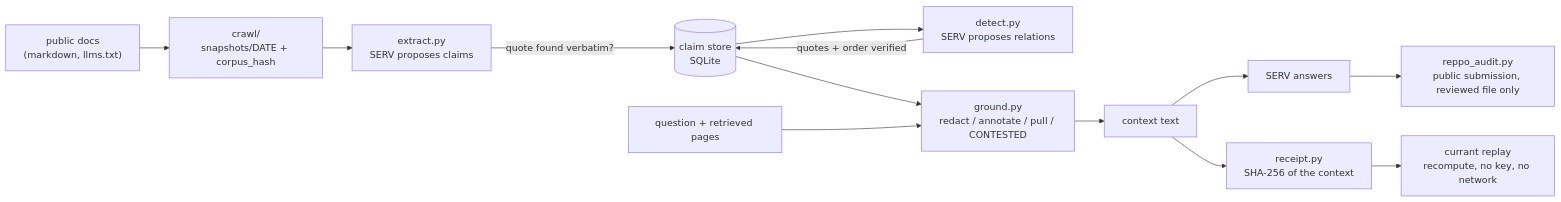
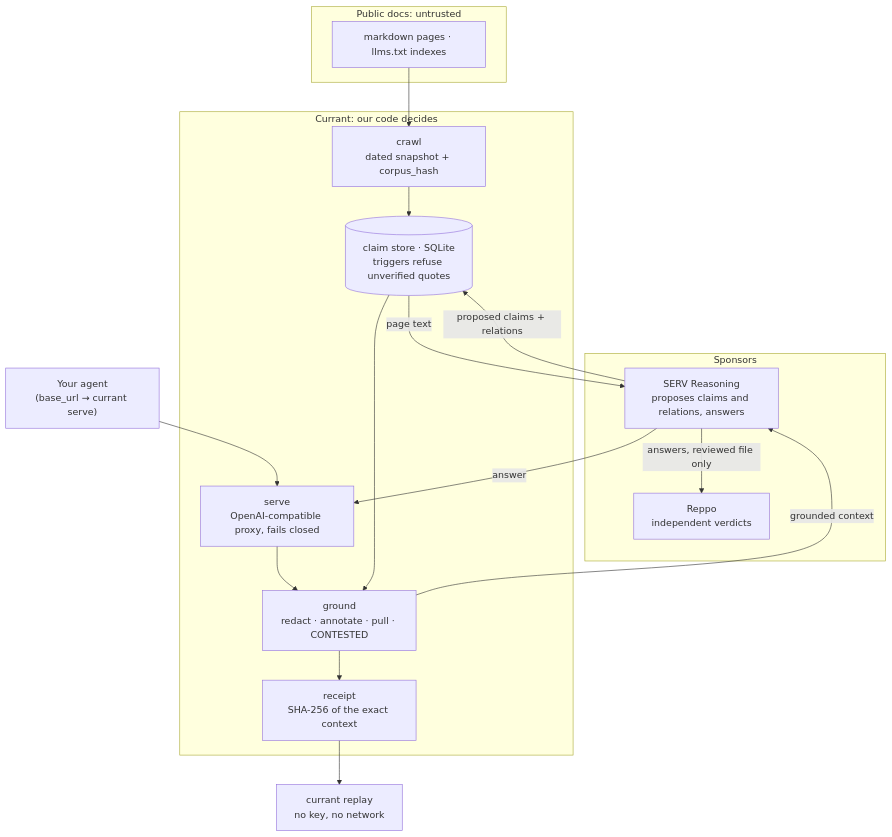
The first of 2 diagrams in README.md (Dami904/currant), drawn with Mermaid before and after one commit. The commit also changed other lines of this file, not shown here.

````diff
--- a/README.md
+++ b/README.md
@@ -238,15 +209,29 @@
 ```mermaid
-flowchart LR
-    W["public docs<br/>(markdown, llms.txt)"] --> C["crawl/<br/>snapshots/DATE + corpus_hash"]
-    C --> E["extract.py<br/>SERV proposes claims"]
-    E -->|"quote found verbatim?"| S[("claim store<br/>SQLite")]
-    S --> R["detect.py<br/>SERV proposes relations"]
-    R -->|"quotes + order verified"| S
-    S --> G["ground.py<br/>redact / annotate / pull / CONTESTED"]
-    Q["question + retrieved pages"] --> G
-    G --> X["context text"]
-    X --> A["SERV answers"]
-    X --> K["receipt.py<br/>SHA-256 of the context"]
-    K --> P["currant replay<br/>recompute, no key, no network"]
-    A --> V["reppo_audit.py<br/>public submission, reviewed file only"]
+flowchart TD
+  subgraph Sources["Public docs: untrusted"]
+    D["markdown pages · llms.txt indexes"]
+  end
+  subgraph Currant["Currant: our code decides"]
+    C["crawl<br/>dated snapshot + corpus_hash"]
+    S[("claim store · SQLite<br/>triggers refuse unverified quotes")]
+    G["ground<br/>redact · annotate · pull · CONTESTED"]
+    K["receipt<br/>SHA-256 of the exact context"]
+    P["serve<br/>OpenAI-compatible proxy, fails closed"]
+  end
+  subgraph Models["Sponsors"]
+    M["SERV Reasoning<br/>proposes claims and relations, answers"]
+    R["Reppo<br/>independent verdicts"]
+  end
+  A["Your agent<br/>(base_url → currant serve)"]
+  X["currant replay<br/>no key, no network"]
+
+  D --> C --> S
+  S -- "page text" --> M
+  M -- "proposed claims + relations" --> S
+  A --> P --> G
+  S --> G --> K
+  G -- "grounded context" --> M
+  M -- "answer" --> P
+  K --> X
+  M -- "answers, reviewed file only" --> R
 ```
````
